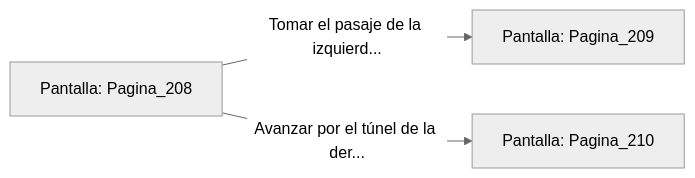
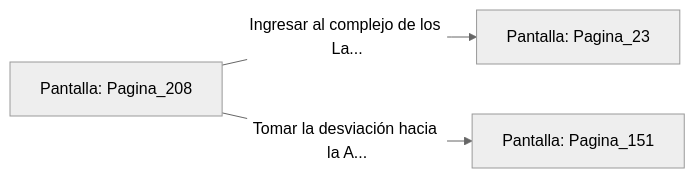
Before and after one commit to metsuke/mpl: the diagram in sample/eligejuego-vault/Pantalla_Pagina_208.md, drawn with Mermaid (neutral theme). The commit also changed other lines of this file and 635 other files, not shown here.

First line of the commit message:
fix: añadir Pagina_1 como pantalla inicial en capitulo_01.mpl

````diff
--- a/sample/eligejuego-vault/Pantalla_Pagina_208.md
+++ b/sample/eligejuego-vault/Pantalla_Pagina_208.md
@@ -20,6 +22,6 @@
 ```mermaid
 graph LR
     P_Pagina_208["Pantalla: Pagina_208"]
-    P_Pagina_208 -->|"Tomar el pasaje de la izquierd..."| P_Pagina_209["Pantalla: Pagina_209"]
-    P_Pagina_208 -->|"Avanzar por el túnel de la der..."| P_Pagina_210["Pantalla: Pagina_210"]
+    P_Pagina_208 -->|"Ingresar al complejo de los La..."| P_Pagina_23["Pantalla: Pagina_23"]
+    P_Pagina_208 -->|"Tomar la desviación hacia la A..."| P_Pagina_151["Pantalla: Pagina_151"]
 ```
````
